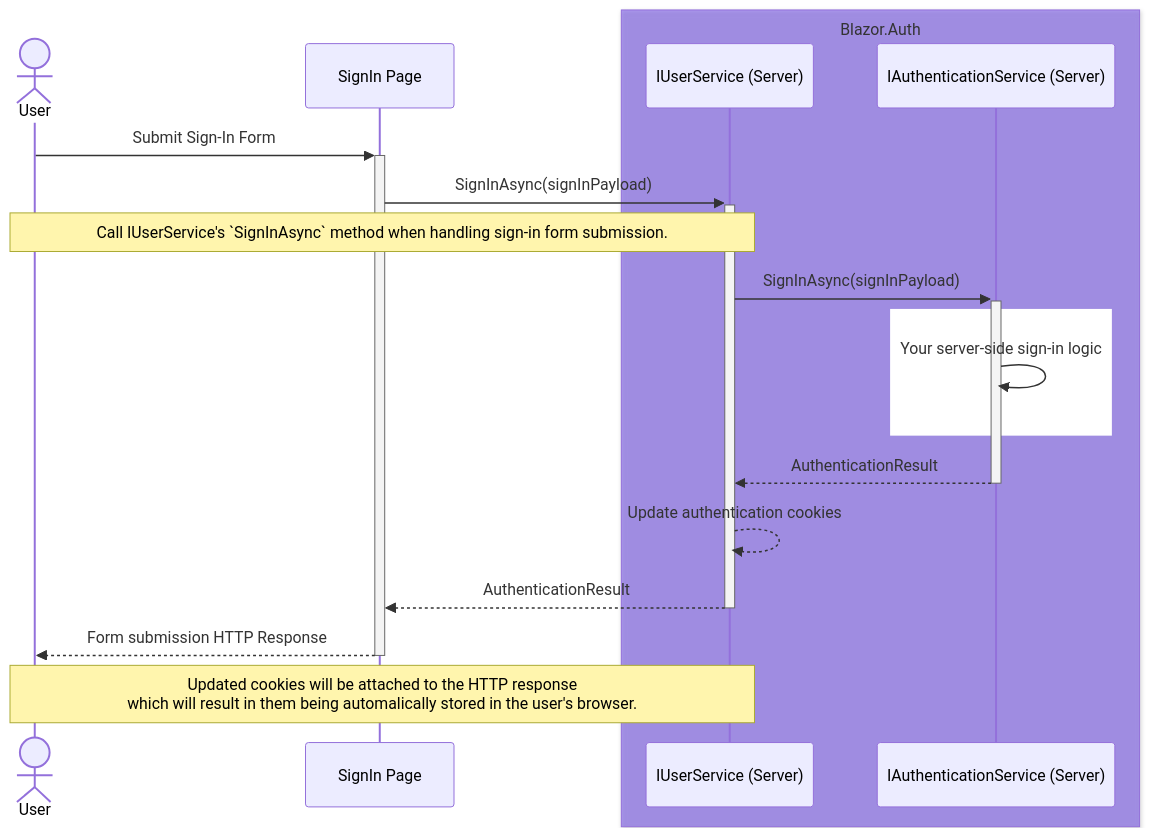
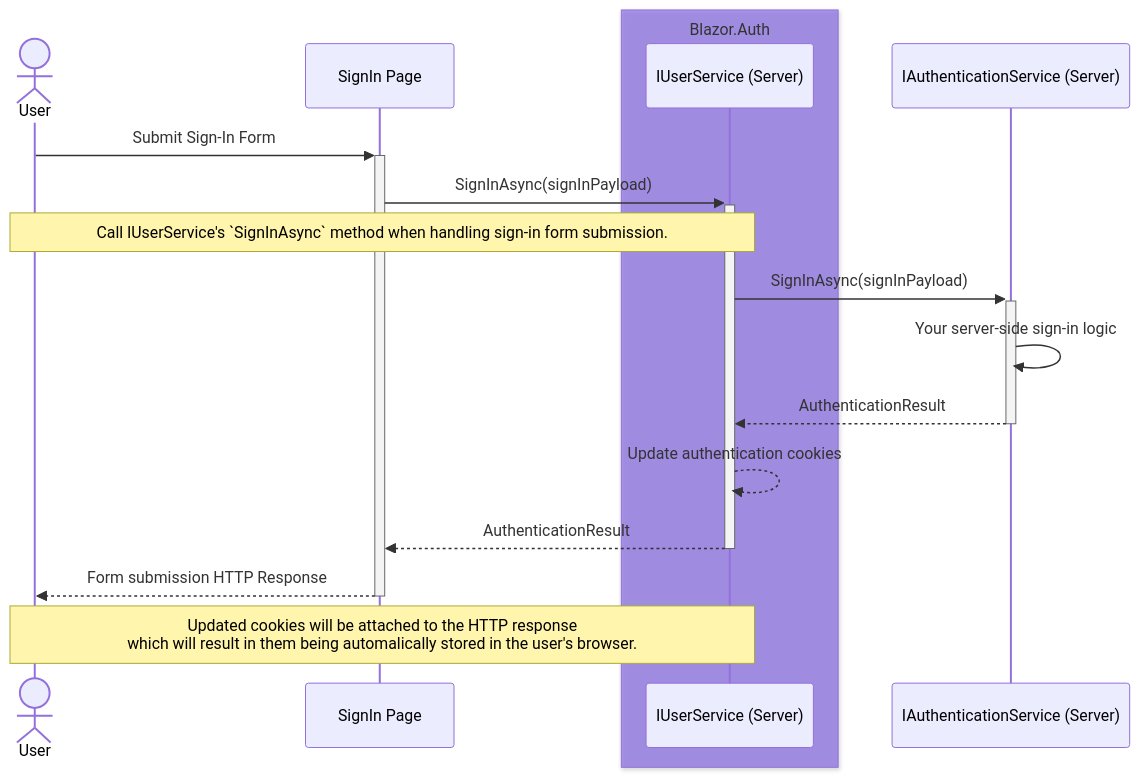
Before and after one commit to BitzArt/Blazor.Auth: the first of 3 diagrams in docs/src/04.use-cases/01.static-ssr.md, drawn with Mermaid. The commit also changed other lines of this file and 1 other file, not shown here.

Commit message:
Fix use-cases diagrams layout

````diff
--- a/docs/src/04.use-cases/01.static-ssr.md
+++ b/docs/src/04.use-cases/01.static-ssr.md
@@ -11,30 +11,27 @@
 ```mermaid
 sequenceDiagram
 
 actor user as User
 participant page as SignIn Page
 
 box rgba(101, 63, 232, 0.5) Blazor.Auth
 participant userService as IUserService (Server)
+end
 participant authService as IAuthenticationService (Server)
-end
 
 user ->>+ page: Submit Sign-In Form
 
 page ->>+ userService: SignInAsync(signInPayload)
 note over user,userService: Call IUserService's `SignInAsync` method when handling sign-in form submission.
 
 userService ->>+ authService: SignInAsync(signInPayload)
-
-rect background
 authService ->> authService: Your server-side sign-in logic
-end
 
 authService -->>- userService: AuthenticationResult
 
 userService -->> userService: Update authentication cookies
 userService -->>- page: AuthenticationResult
 
 page -->>- user:  Form submission HTTP Response
 note over user,userService: Updated cookies will be attached to the HTTP response <br/> which will result in them being automalically stored in the user's browser.
 ```
````
